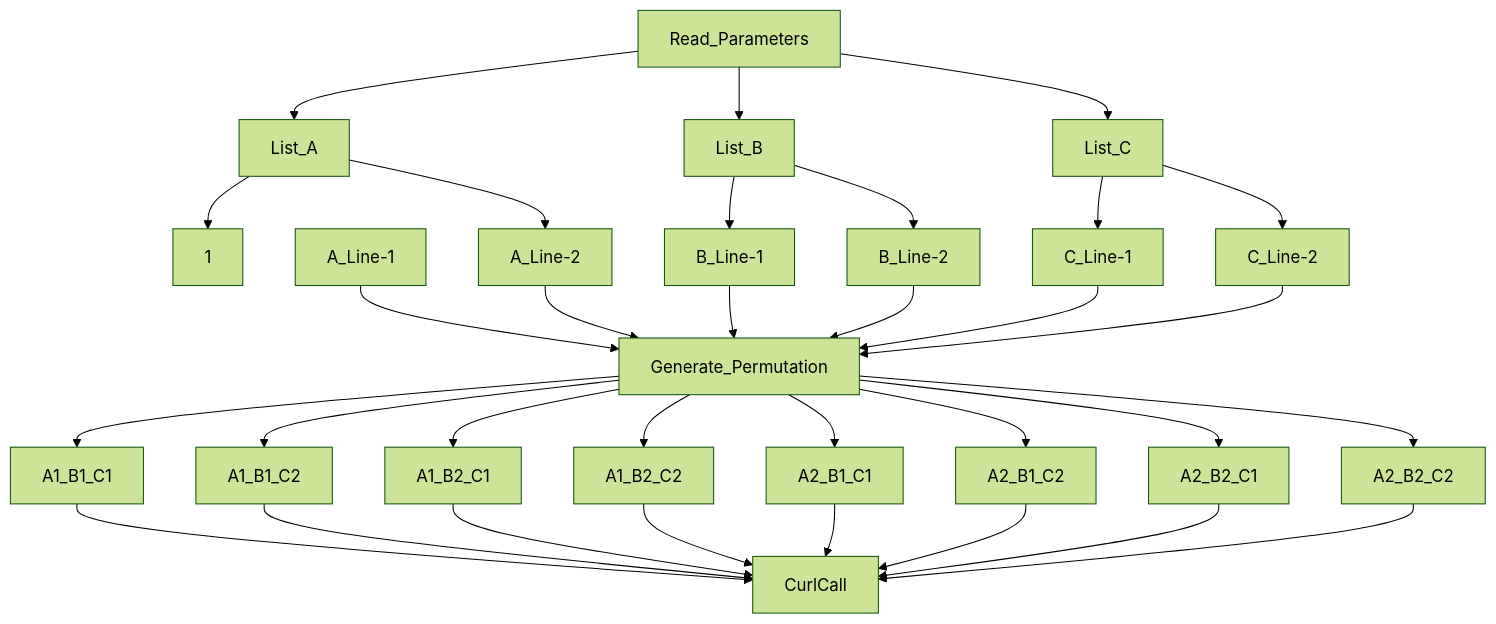
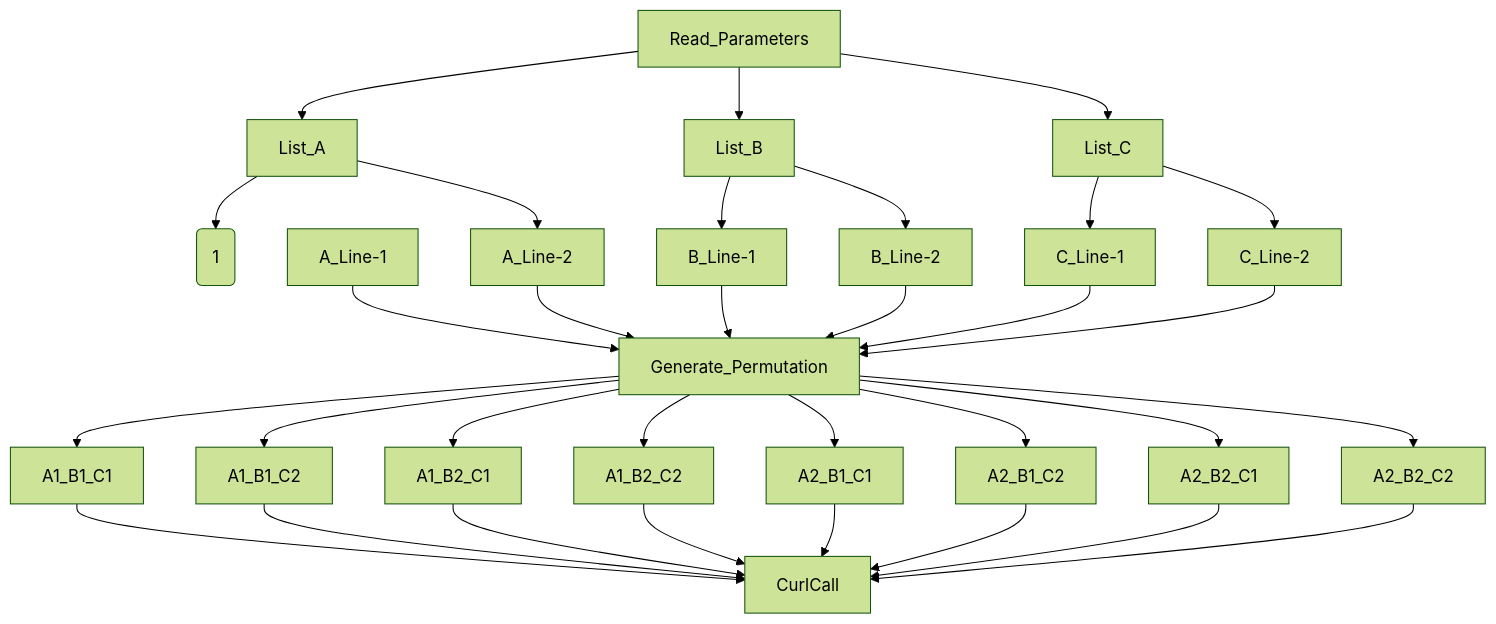
One commit to daedon/Fooocus-API-XYZ changed the diagram in README.md. Above: the diagram before and after it, drawn with Mermaid (forest theme).

````diff
--- a/README.md
+++ b/README.md
@@ -144,39 +144,39 @@
 ```mermaid
 graph TD;
     Read_Parameters-->List_A;
     Read_Parameters-->List_B;
     Read_Parameters-->List_C;
-    List_A-->A[1];
+    List_A-->A(1);
     List_A-->A_Line-2;
     List_B-->B_Line-1;
     List_B-->B_Line-2;
     List_C-->C_Line-1;
     List_C-->C_Line-2;
 
     A_Line-1-->Generate_Permutation;
     A_Line-2-->Generate_Permutation;
     B_Line-1-->Generate_Permutation;
     B_Line-2-->Generate_Permutation;
     C_Line-1-->Generate_Permutation;
     C_Line-2-->Generate_Permutation;
 
     Generate_Permutation-->A1_B1_C1;
     Generate_Permutation-->A1_B1_C2;
     Generate_Permutation-->A1_B2_C1;
     Generate_Permutation-->A1_B2_C2;
     Generate_Permutation-->A2_B1_C1;
     Generate_Permutation-->A2_B1_C2;
     Generate_Permutation-->A2_B2_C1;
     Generate_Permutation-->A2_B2_C2;
 
     A1_B1_C1-->CurlCall;
     A1_B1_C2-->CurlCall;
     A1_B2_C1-->CurlCall;
     A1_B2_C2-->CurlCall;
     A2_B1_C1-->CurlCall;
     A2_B1_C2-->CurlCall;
     A2_B2_C1-->CurlCall;
     A2_B2_C2-->CurlCall;
 
 
 ```
````
